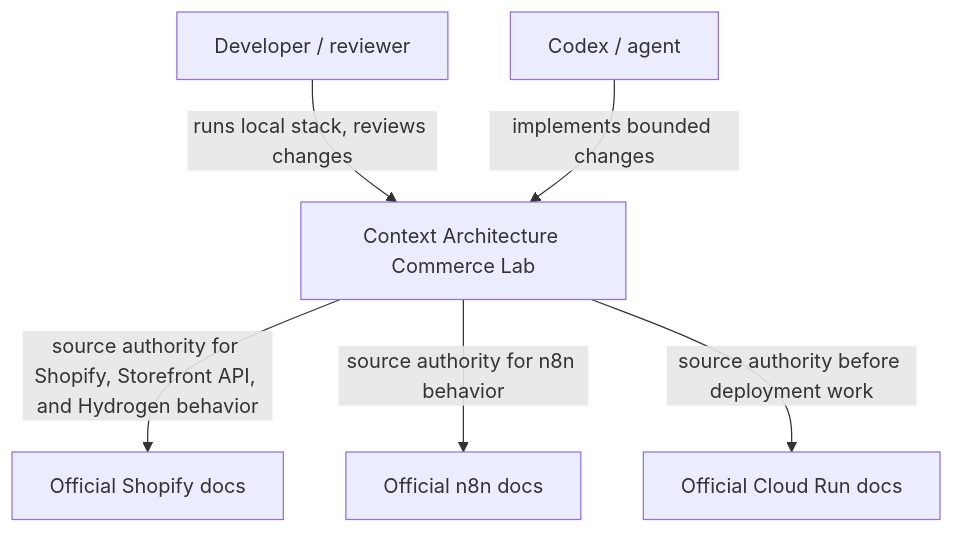
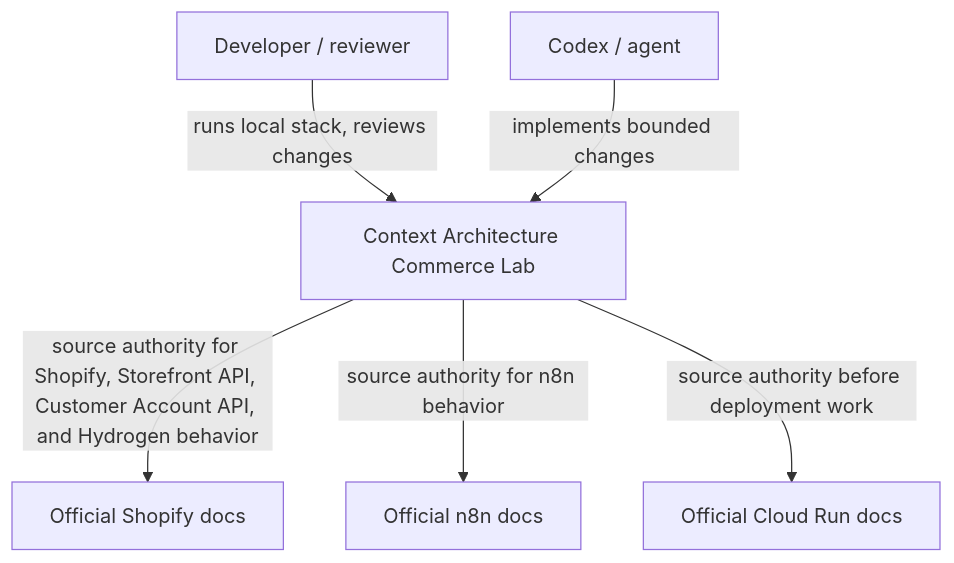
Before and after one commit to davidverholen/context-architecture-lab-ecommerce: the first of 9 diagrams in docs/overview/runtime-and-containers.md, drawn with Mermaid. The commit also changed other lines of this file and 40 other files, not shown here.

Commit message:
Add Shopify checkout and account MVP

````diff
--- a/docs/overview/runtime-and-containers.md
+++ b/docs/overview/runtime-and-containers.md
@@ -7,15 +7,15 @@
 ```mermaid
 flowchart TB
   Human["Developer / reviewer"]
   Agent["Codex / agent"]
   Lab["Context Architecture Commerce Lab"]
   ShopifyDocs["Official Shopify docs"]
   N8NDocs["Official n8n docs"]
   CloudRunDocs["Official Cloud Run docs"]
 
   Human -->|"runs local stack, reviews changes"| Lab
   Agent -->|"implements bounded changes"| Lab
-  Lab -->|"source authority for Shopify, Storefront API, and Hydrogen behavior"| ShopifyDocs
+  Lab -->|"source authority for Shopify, Storefront API, Customer Account API, and Hydrogen behavior"| ShopifyDocs
   Lab -->|"source authority for n8n behavior"| N8NDocs
   Lab -->|"source authority before deployment work"| CloudRunDocs
 ```
````
